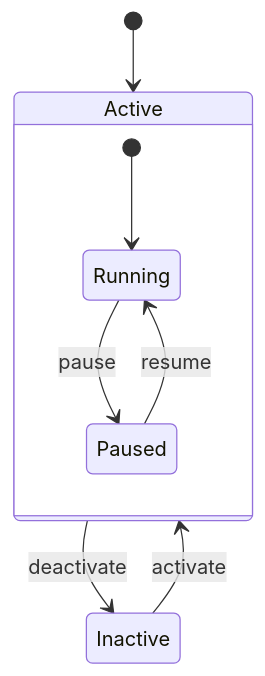
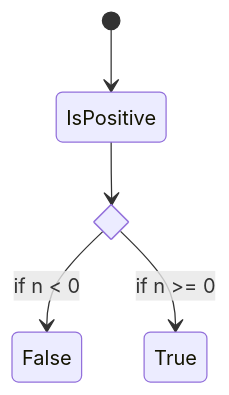
Before and after one commit to tangledgroup/tangled-skills: the tenth of 18 diagrams in .agents/skills/mermaid-11-14-0/references/04-state-diagram.md, drawn with Mermaid. The commit also changed other lines of this file and 5 other files, not shown here.

First line of the commit message:
refactor(mermaid-11-14-0): comprehensive skill improvement with 6 new sections

````diff
--- a/.agents/skills/mermaid-11-14-0/references/04-state-diagram.md
+++ b/.agents/skills/mermaid-11-14-0/references/04-state-diagram.md
@@ -80,11 +101,8 @@
 ```mermaid
 stateDiagram-v2
-    [*] --> Active
-    Active -->Inactive : deactivate
-    Inactive -->Active : activate
-    state Active {
-        [*] --> Running
-        Running -->Paused : pause
-        Paused -->Running : resume
-    }
+    state if_state <<choice>>
+    [*] --> IsPositive
+    IsPositive --> if_state
+    if_state --> False: if n < 0
+    if_state --> True : if n >= 0
 ```
````
